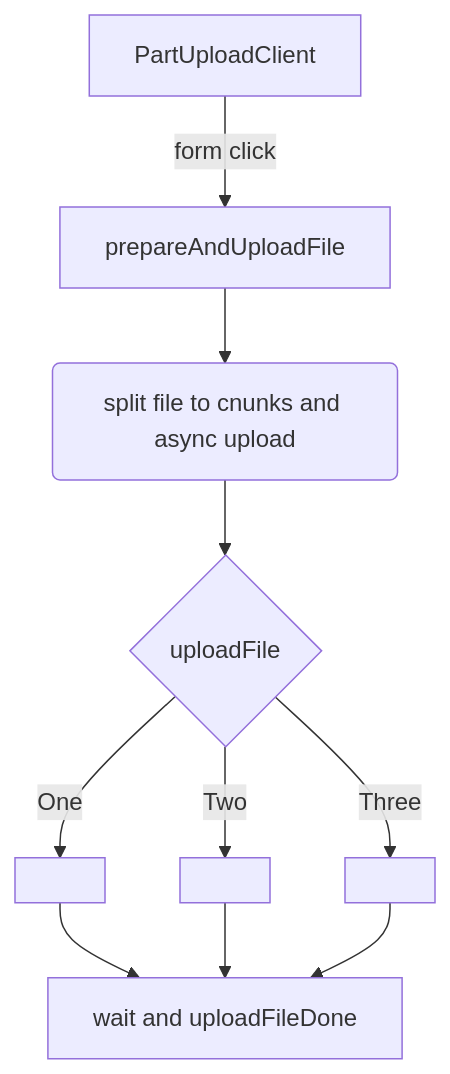
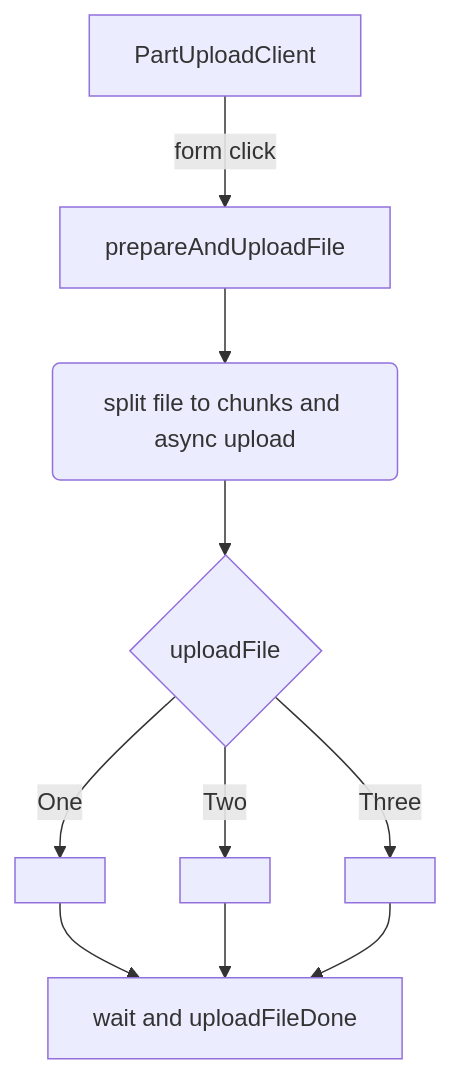
The diagram in FUTURE.md (western/http-up), drawn with Mermaid before and after one commit.

````diff
--- a/FUTURE.md
+++ b/FUTURE.md
@@ -18,12 +18,12 @@
 ```mermaid
 flowchart TD
     A[PartUploadClient] -->|form click| B[prepareAndUploadFile]
-    B --> C(split file to cnunks and async upload)
+    B --> C(split file to chunks and async upload)
     C --> D{uploadFile}
     D -->|One| E[ ]
     D -->|Two| F[ ]
     D -->|Three| G[ ]
     E --> J[ wait and uploadFileDone ]
     F --> J
     G --> J
 ```
````
